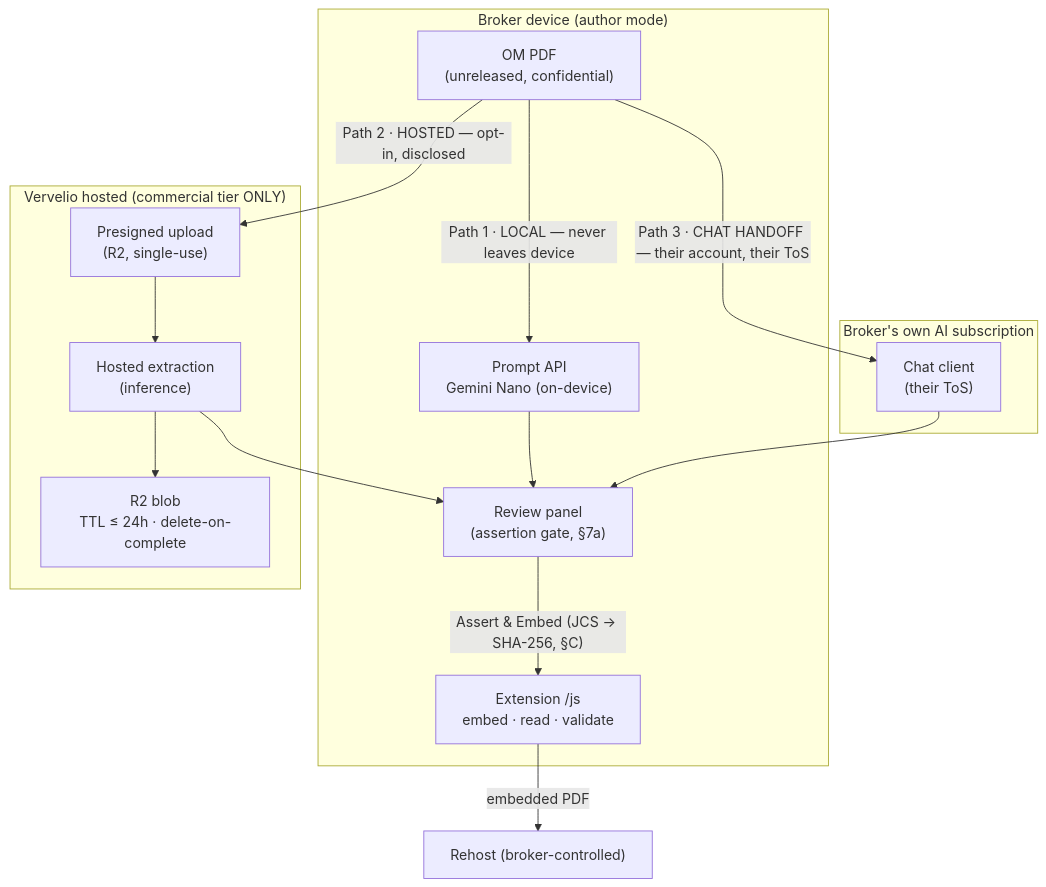
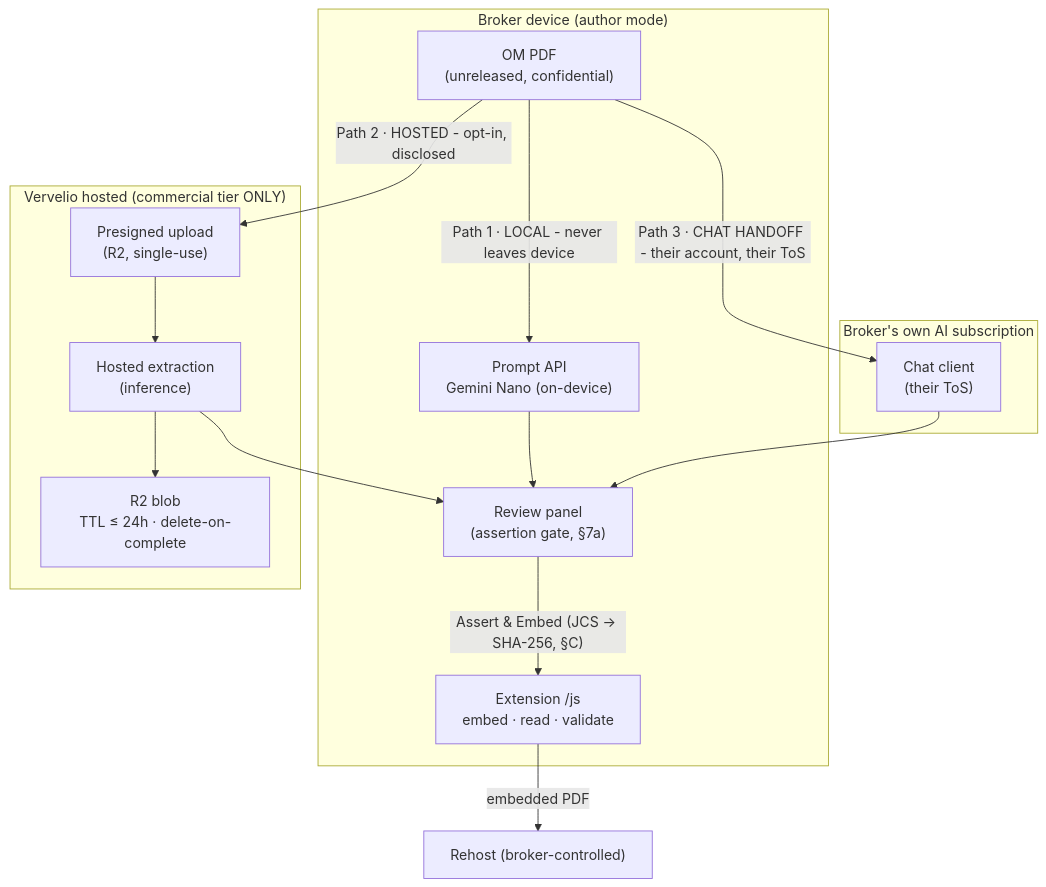
The first of 8 diagrams in om-normative-spec-draft-v0.1.md (sarthaknimbalkar/OpenOM), drawn with Mermaid before and after one commit. The commit also changed other lines of this file and 244 other files, not shown here.

````diff
--- a/om-normative-spec-draft-v0.1.md
+++ b/om-normative-spec-draft-v0.1.md
@@ -143,23 +143,23 @@
 ```mermaid
 flowchart TB
   subgraph Device["Broker device (author mode)"]
     doc["OM PDF\n(unreleased, confidential)"]
     ext["Extension /js\nembed · read · validate"]
     nano["Prompt API\nGemini Nano (on-device)"]
     review["Review panel\n(assertion gate, §7a)"]
   end
   subgraph Vervelio["Vervelio hosted (commercial tier ONLY)"]
     up["Presigned upload\n(R2, single-use)"]
     hx["Hosted extraction\n(inference)"]
     r2["R2 blob\nTTL ≤ 24h · delete-on-complete"]
   end
   subgraph BrokerAI["Broker's own AI subscription"]
     chat["Chat client\n(their ToS)"]
   end
-  doc -->|"Path 1 · LOCAL — never leaves device"| nano --> review
-  doc -->|"Path 2 · HOSTED — opt-in, disclosed"| up --> hx --> r2
+  doc -->|"Path 1 · LOCAL - never leaves device"| nano --> review
+  doc -->|"Path 2 · HOSTED - opt-in, disclosed"| up --> hx --> r2
   hx --> review
-  doc -->|"Path 3 · CHAT HANDOFF — their account, their ToS"| chat --> review
+  doc -->|"Path 3 · CHAT HANDOFF - their account, their ToS"| chat --> review
   review -->|"Assert & Embed (JCS → SHA-256, §C)"| ext
   ext -->|"embedded PDF"| rehost["Rehost (broker-controlled)"]
 ```
````
